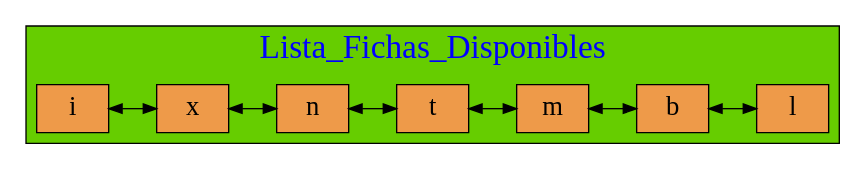
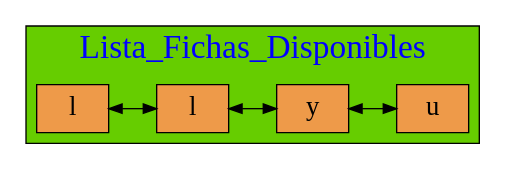
The diagram in Graficas/LD_Fichas_Jugador.dot (mariotun/EDD_1S2020_PY1_201602942), drawn with Graphviz before and after one commit. The commit also changed 14 other files, not shown here.

```diff
--- a/Graficas/LD_Fichas_Jugador.dot
+++ b/Graficas/LD_Fichas_Jugador.dot
@@ -1,35 +1,29 @@
 digraph Lista_Doble{
 
 graph[ranksep= "0.5",nodesep= "0.5"];
 node[fontcolor=black shape=box style=filled fillcolor=tan2 fontsize=20];
 
 subgraph cluster_1 {
 
 fontname=algerian
 fontsize=25;
 label="Lista_Fichas_Disponibles";
 fontcolor=blue
 style=filled
 fillcolor=chartreuse3
 labelloc=t;{rank=same;
-25770509504[label=" i"];
-25770509536[label=" x"];
-25770509568[label=" n"];
-25770509600[label=" t"];
-25770509632[label=" m"];
-25770509664[label=" b"];
-25770509696[label=" l"];
+25770478784[label=" l"];
+25770478832[label=" l"];
+25770478880[label=" y"];
+25770479072[label=" u"];
 };
 
-25770509504->
-25770509536->
-25770509568->
-25770509600->
-25770509632->
-25770509664->
-25770509696
+25770478784->
+25770478832->
+25770478880->
+25770479072
 [dir=both  color=black];
 
  }
 
 }
```
